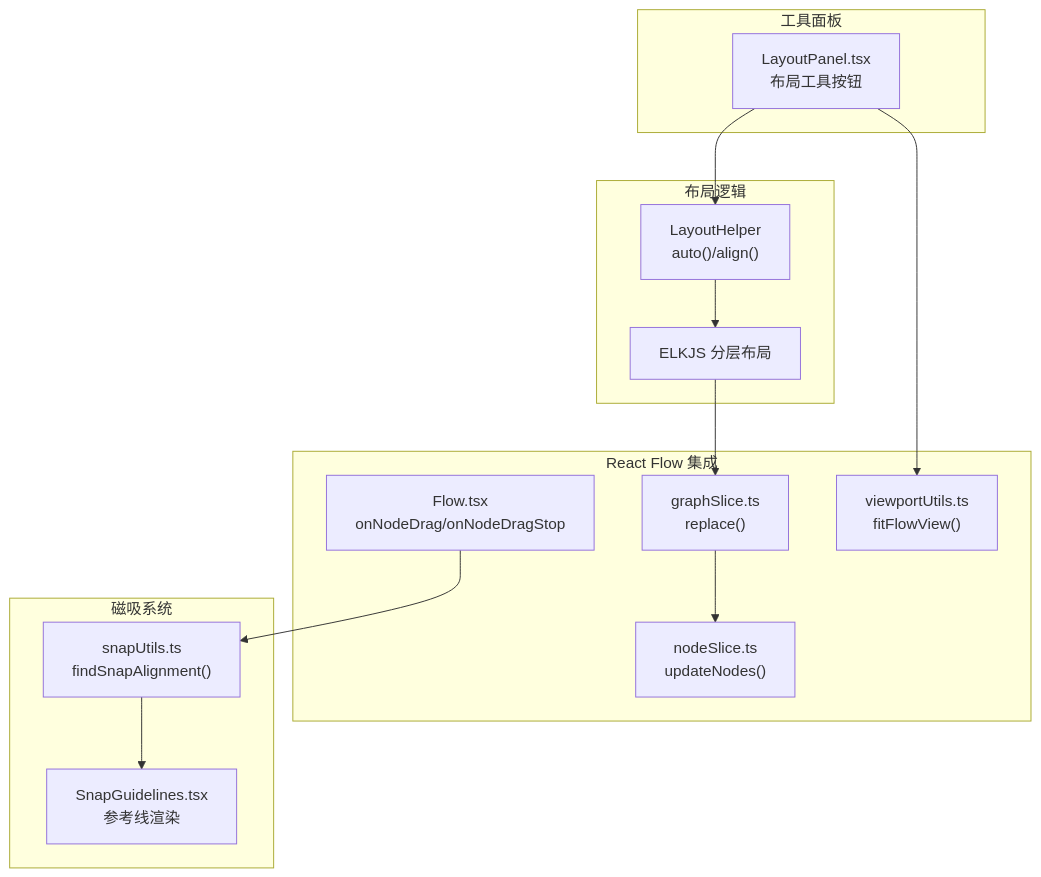
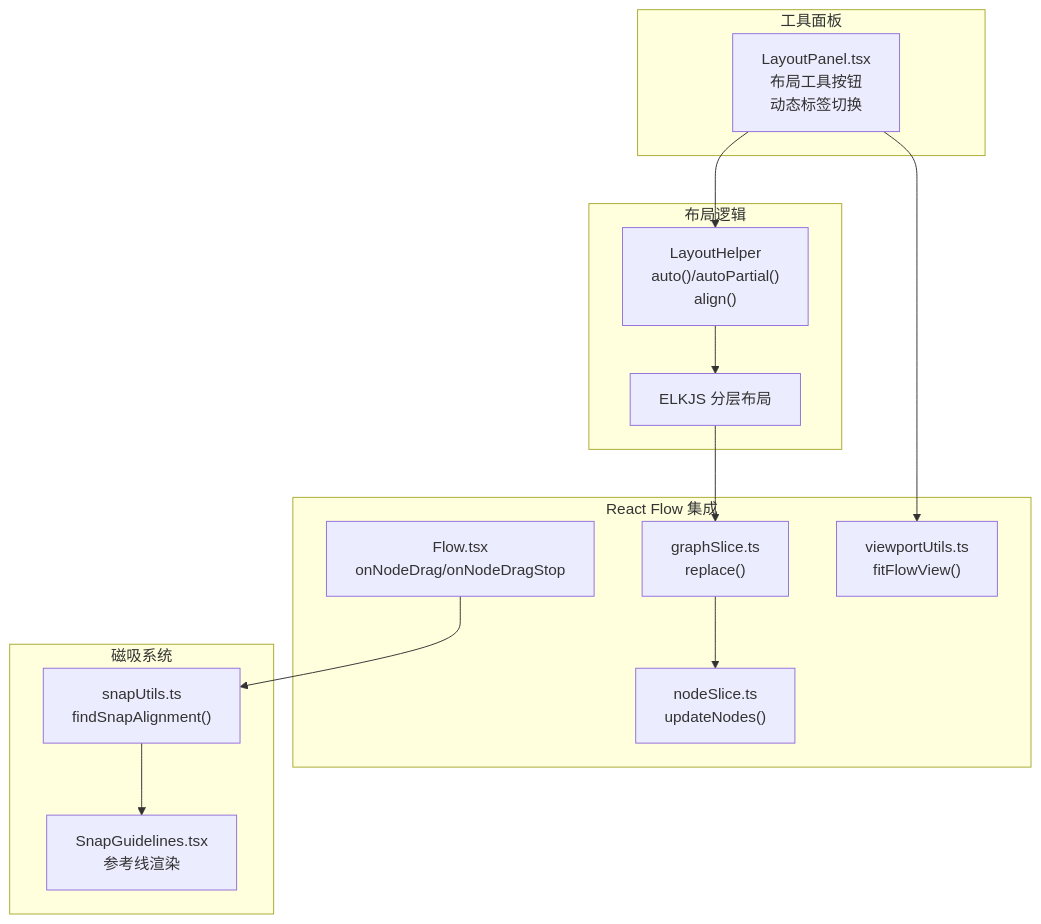
Before and after one commit to kqcoxn/MaaPipelineEditor: the first of 8 diagrams in .qoder/repowiki/zh/content/用户界面/面板系统/工具面板/布局面板.md, drawn with Mermaid. The commit also changed other lines of this file and 35 other files, not shown here.

````diff
--- a/.qoder/repowiki/zh/content/用户界面/面板系统/工具面板/布局面板.md
+++ b/.qoder/repowiki/zh/content/用户界面/面板系统/工具面板/布局面板.md
@@ -47,27 +56,27 @@
 ```mermaid
 graph TB
 subgraph "工具面板"
-LP["LayoutPanel.tsx<br/>布局工具按钮"]
+LP["LayoutPanel.tsx<br/>布局工具按钮<br/>动态标签切换"]
 end
 subgraph "布局逻辑"
-LH["LayoutHelper<br/>auto()/align()"]
+LH["LayoutHelper<br/>auto()/autoPartial()<br/>align()"]
 ELK["ELKJS 分层布局"]
 end
 subgraph "React Flow 集成"
 RF["Flow.tsx<br/>onNodeDrag/onNodeDragStop"]
 GS["graphSlice.ts<br/>replace()"]
 NS["nodeSlice.ts<br/>updateNodes()"]
 VT["viewportUtils.ts<br/>fitFlowView()"]
 end
 subgraph "磁吸系统"
 SU["snapUtils.ts<br/>findSnapAlignment()"]
 SG["SnapGuidelines.tsx<br/>参考线渲染"]
 end
 LP --> LH
 LH --> ELK
 ELK --> GS
 GS --> NS
 RF --> SU
 SU --> SG
 LP --> VT
 ```
````
